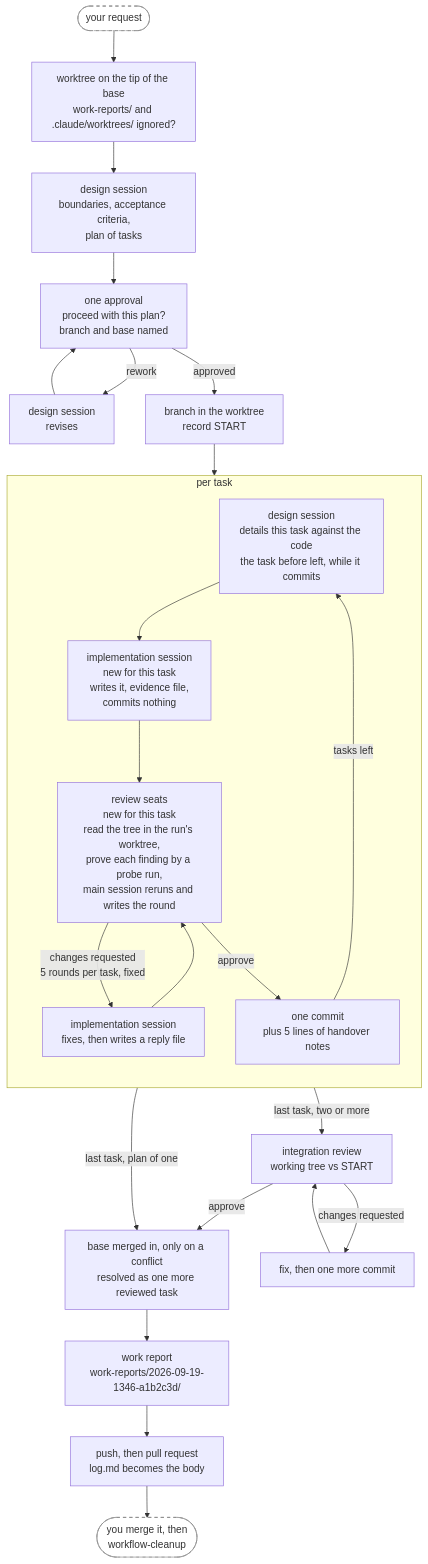
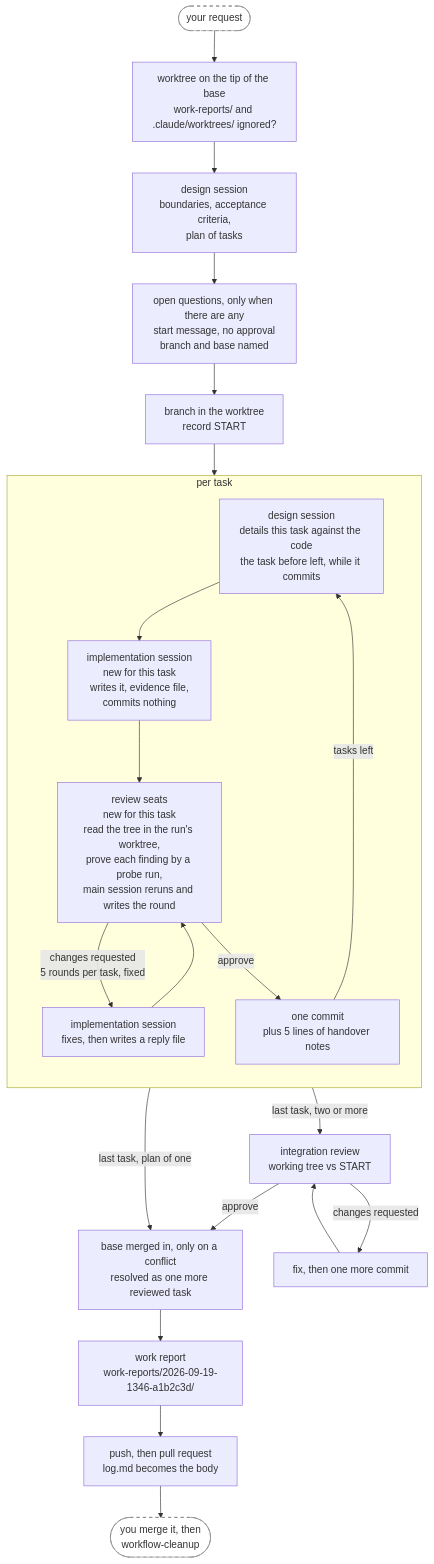
Before and after one commit to annetaan/claude-plugins: the second of 4 diagrams in plugins/annetaan/README.md, drawn with Mermaid. The commit also changed other lines of this file and 16 other files, not shown here.

````diff
--- a/plugins/annetaan/README.md
+++ b/plugins/annetaan/README.md
@@ -168,34 +168,33 @@
 ```mermaid
 flowchart TD
     req(["your request"]) --> wt["worktree on the tip of the base<br/>work-reports/ and .claude/worktrees/ ignored?"] --> design["design session<br/>boundaries, acceptance criteria,<br/>plan of tasks"]
-    design --> ask["one approval<br/>proceed with this plan?<br/>branch and base named"]
-    ask -->|rework| redo["design session<br/>revises"] --> ask
-    ask -->|approved| setup["branch in the worktree<br/>record START"]
+    design --> ask["open questions, only when there are any<br/>start message, no approval<br/>branch and base named"]
+    ask --> setup["branch in the worktree<br/>record START"]
     setup --> detail
 
     subgraph task["per task"]
         direction TB
         detail["design session<br/>details this task against the code<br/>the task before left, while it commits"]
         impl["implementation session<br/>new for this task<br/>writes it, evidence file,<br/>commits nothing"]
         review["review seats<br/>new for this task<br/>read the tree in the run's worktree,<br/>prove each finding by a probe run,<br/>main session reruns and writes the round"]
         respond["implementation session<br/>fixes, then writes a reply file"]
         commit["one commit<br/>plus 5 lines of handover notes"]
         detail --> impl --> review
         review -->|"changes requested<br/>5 rounds per task, fixed"| respond
         respond --> review
         review -->|approve| commit
         commit -->|tasks left| detail
     end
 
     commit -->|"last task, two or more"| integ["integration review<br/>working tree vs START"]
     commit -->|"last task, plan of one"| sync
     integ -->|changes requested| integfix["fix, then one more commit"]
     integfix --> integ
     integ -->|approve| sync["base merged in, only on a conflict<br/>resolved as one more reviewed task"]
     sync --> report["work report<br/>work-reports/2026-09-19-1346-a1b2c3d/"]
     report --> pr["push, then pull request<br/>log.md becomes the body"]
     pr --> clean(["you merge it, then<br/>workflow-cleanup"])
 
     classDef human fill:#fff,stroke:#888,stroke-dasharray: 5 5
     class req,clean human
 ```
````
